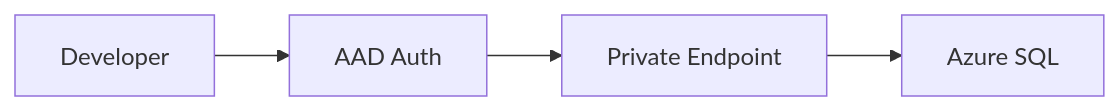
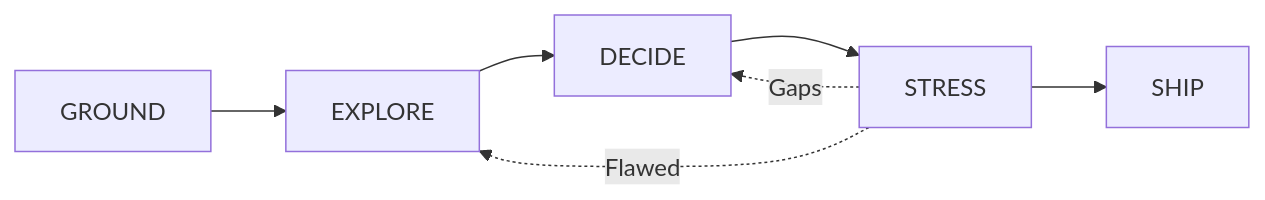
The diagram in README.md (egeozanozyedek/arete), drawn with Mermaid before and after one commit. The commit also changed other lines of this file, not shown here.

````diff
--- a/README.md
+++ b/README.md
@@ -118,6 +90,7 @@
 ```mermaid
 flowchart LR
-    A[Developer] --> B[AAD Auth]
-    B --> C[Private Endpoint]
-    C --> D[Azure SQL]
+    Ground[GROUND] --> Explore[EXPLORE] --> Decide[DECIDE] --> Stress[STRESS] --> Ship[SHIP]
+
+    Stress -.->|Flawed| Explore
+    Stress -.->|Gaps| Decide
 ```
````
